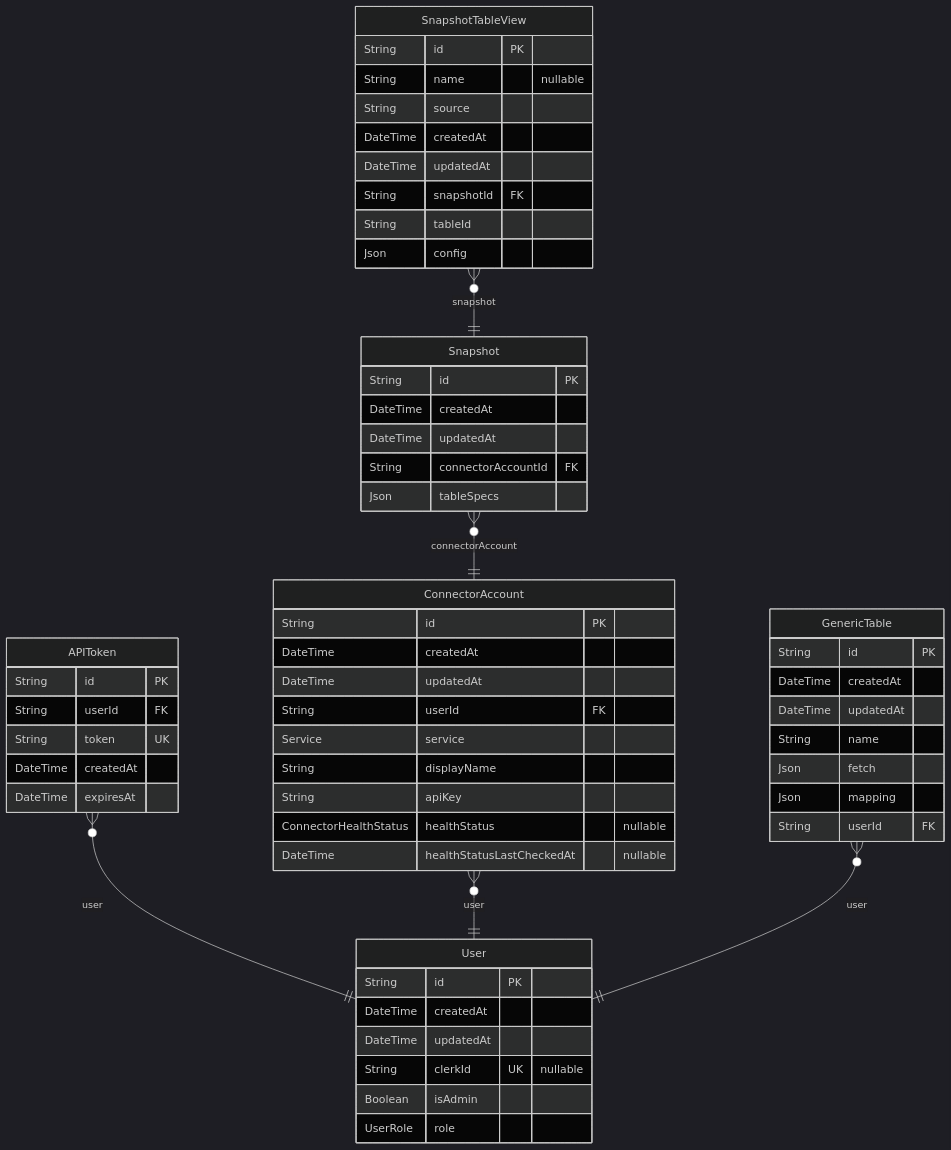
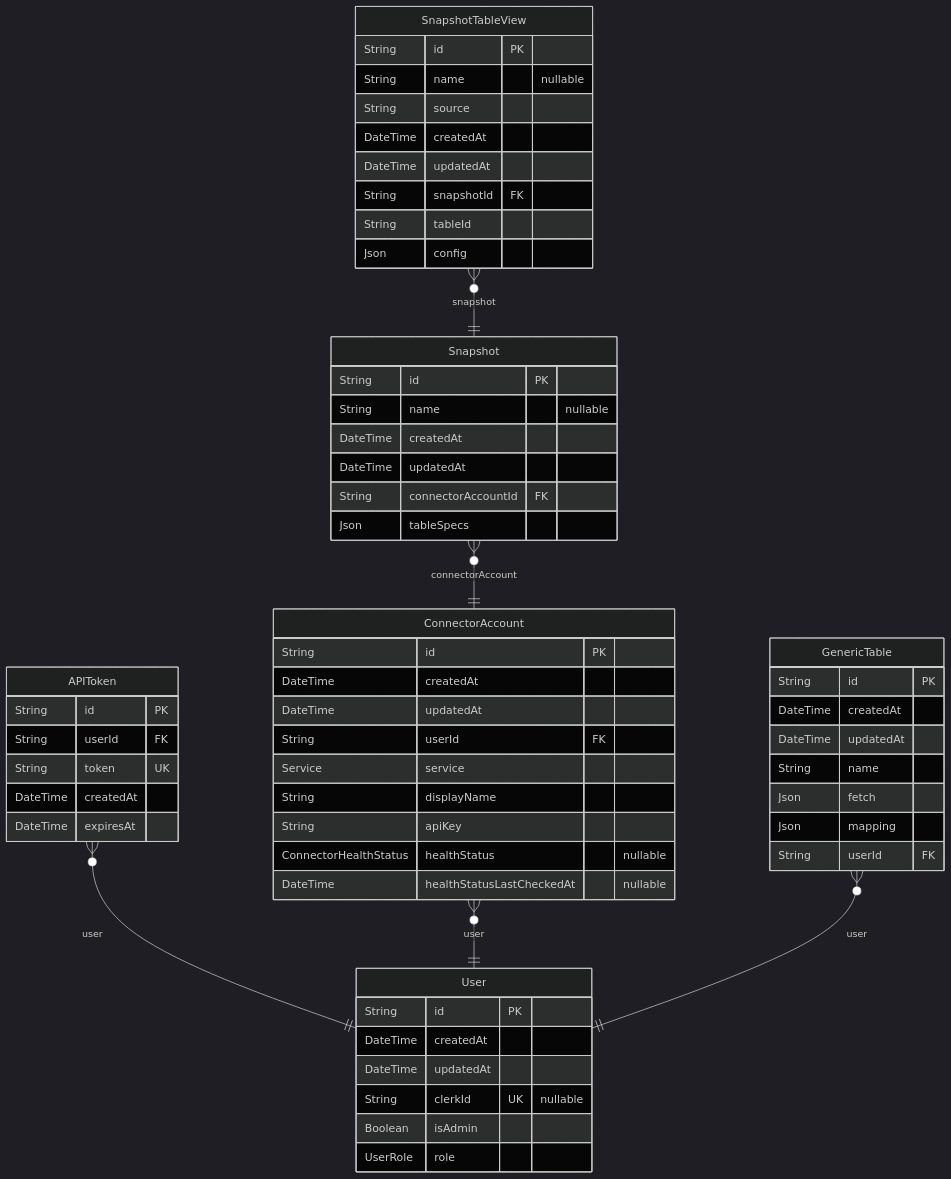
Before and after one commit to whalesync/scratch-cli: the diagram in server/prisma/ERD.md, drawn with Mermaid (dark theme). The commit also changed other lines of this file and 11 other files, not shown here.

````diff
--- a/server/prisma/ERD.md
+++ b/server/prisma/ERD.md
@@ -9,60 +9,61 @@
 ```mermaid
 erDiagram
 "User" {
   String id PK
   DateTime createdAt
   DateTime updatedAt
   String clerkId UK "nullable"
   Boolean isAdmin
   UserRole role
 }
 "APIToken" {
   String id PK
   String userId FK
   String token UK
   DateTime createdAt
   DateTime expiresAt
 }
 "ConnectorAccount" {
   String id PK
   DateTime createdAt
   DateTime updatedAt
   String userId FK
   Service service
   String displayName
   String apiKey
   ConnectorHealthStatus healthStatus "nullable"
   DateTime healthStatusLastCheckedAt "nullable"
 }
 "Snapshot" {
   String id PK
+  String name "nullable"
   DateTime createdAt
   DateTime updatedAt
   String connectorAccountId FK
   Json tableSpecs
 }
 "GenericTable" {
   String id PK
   DateTime createdAt
   DateTime updatedAt
   String name
   Json fetch
   Json mapping
   String userId FK
 }
 "SnapshotTableView" {
   String id PK
   String name "nullable"
   String source
   DateTime createdAt
   DateTime updatedAt
   String snapshotId FK
   String tableId
   Json config
 }
 "APIToken" }o--|| "User" : user
 "ConnectorAccount" }o--|| "User" : user
 "Snapshot" }o--|| "ConnectorAccount" : connectorAccount
 "GenericTable" }o--|| "User" : user
 "SnapshotTableView" }o--|| "Snapshot" : snapshot
 ```
````
